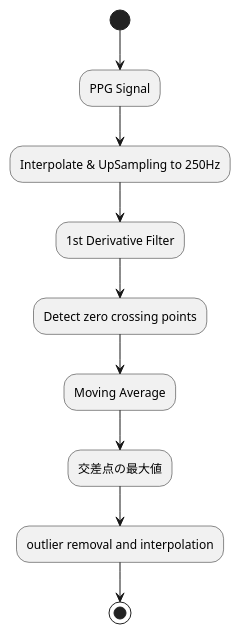
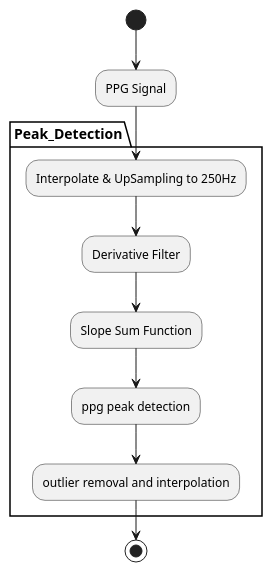
One commit to zhujiangzhijia/rPPG_master changed the diagram in doc/peak_detector.pu. Above: the diagram before and after it, drawn with PlantUML. The commit also changed 49 other files, not shown here.

```diff
--- a/doc/peak_detector.pu
+++ b/doc/peak_detector.pu
@@ -1,13 +1,13 @@
 @startuml
 
 (*) --> "PPG Signal"
+partition Peak_Detection {
 --> "Interpolate & UpSampling to 250Hz"
---> "1st Derivative Filter"
---> "Detect zero crossing points"
---> "Moving Average"
---> "交差点の最大値"
+--> "Derivative Filter"
+--> "Slope Sum Function"
+--> "ppg peak detection"
 --> "outlier removal and interpolation"
-
+}
 
 --> (*)
 @enduml
```
